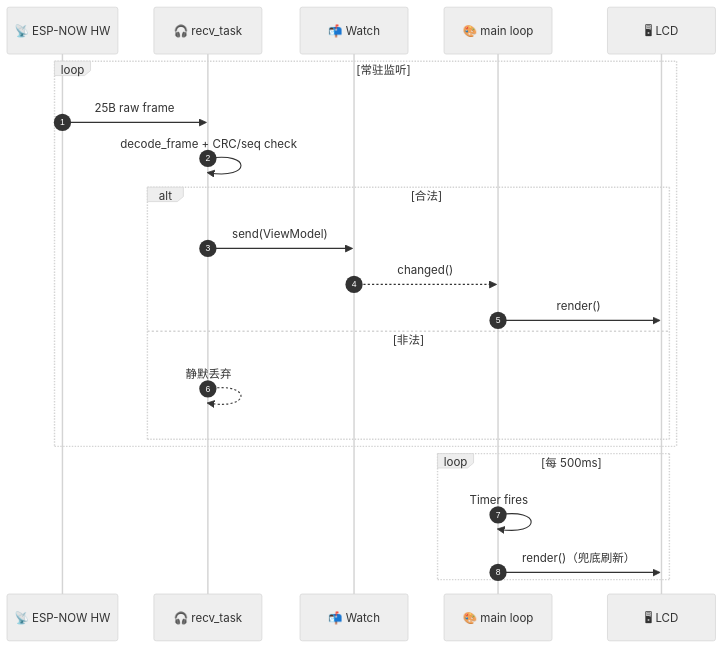
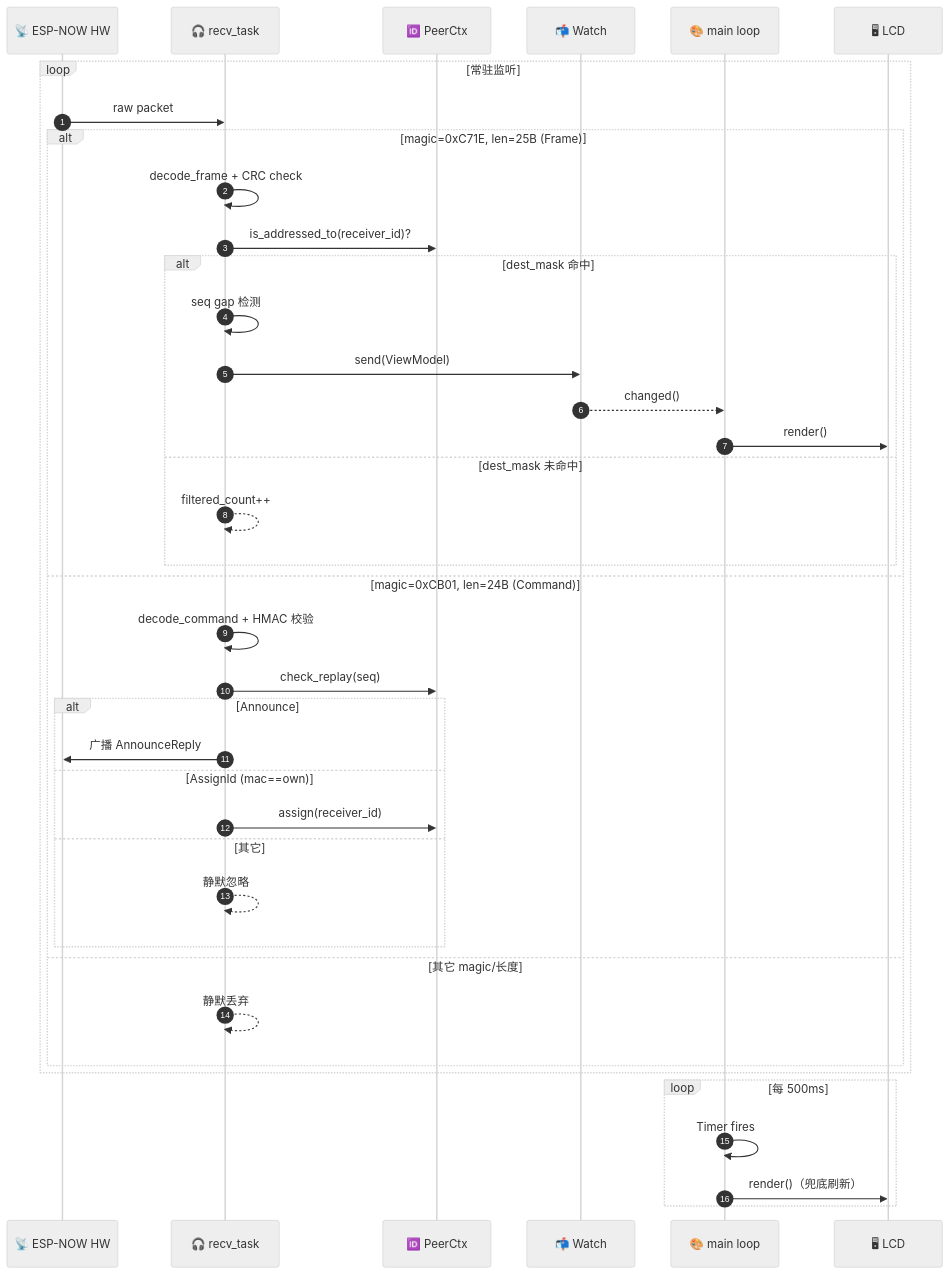
The second of 2 diagrams in README.md (lf-wxp/c6), drawn with Mermaid (neutral theme) before and after one commit. The commit also changed other lines of this file, not shown here.

First line of the commit message:
docs: update README with peer module, Command handling and anti-replay

````diff
--- a/README.md
+++ b/README.md
@@ -195,26 +213,43 @@
 ```mermaid
 sequenceDiagram
     autonumber
     participant Radio as 📡 ESP-NOW HW
     participant Recv as 🎧 recv_task
+    participant Peer as 🆔 PeerCtx
     participant W as 📬 Watch
     participant Main as 🎨 main loop
     participant LCD as 🖥 LCD
 
     loop 常驻监听
-        Radio->>Recv: 25B raw frame
-        Recv->>Recv: decode_frame + CRC/seq check
-        alt 合法
-            Recv->>W: send(ViewModel)
-            W-->>Main: changed()
-            Main->>LCD: render()
-        else 非法
+        Radio->>Recv: raw packet
+        alt magic=0xC71E, len=25B (Frame)
+            Recv->>Recv: decode_frame + CRC check
+            Recv->>Peer: is_addressed_to(receiver_id)?
+            alt dest_mask 命中
+                Recv->>Recv: seq gap 检测
+                Recv->>W: send(ViewModel)
+                W-->>Main: changed()
+                Main->>LCD: render()
+            else dest_mask 未命中
+                Recv-->>Recv: filtered_count++
+            end
+        else magic=0xCB01, len=24B (Command)
+            Recv->>Recv: decode_command + HMAC 校验
+            Recv->>Peer: check_replay(seq)
+            alt Announce
+                Recv->>Radio: 广播 AnnounceReply
+            else AssignId (mac==own)
+                Recv->>Peer: assign(receiver_id)
+            else 其它
+                Recv-->>Recv: 静默忽略
+            end
+        else 其它 magic/长度
             Recv-->>Recv: 静默丢弃
         end
     end
 
     loop 每 500ms
         Main->>Main: Timer fires
         Main->>LCD: render()（兜底刷新）
     end
 ```
````
